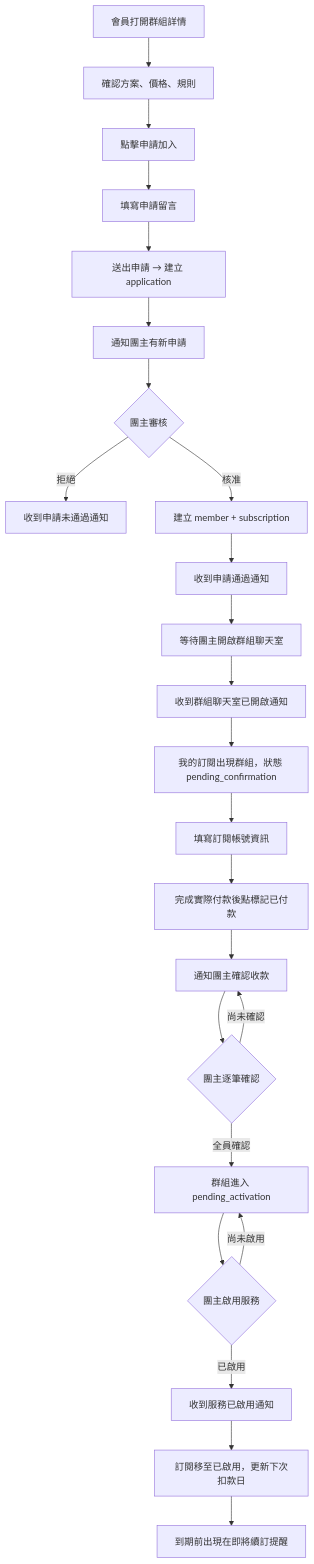
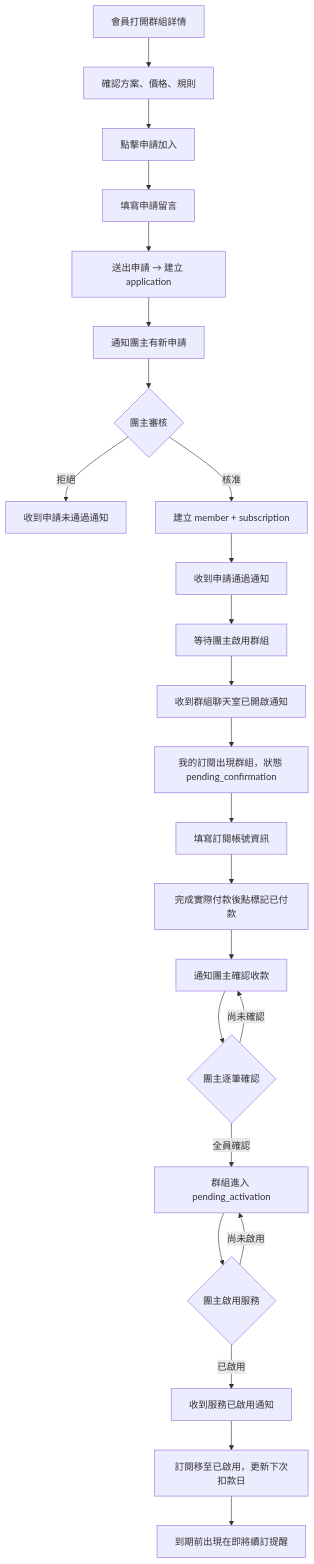
Before and after one commit to s1092055/PartyMatch: the third of 6 diagrams in docs/user-flows.md, drawn with Mermaid.

Commit message:
docs: 修正 Flow 2 node K 殘留的「開啟群組聊天室」舊名詞

````diff
--- a/docs/user-flows.md
+++ b/docs/user-flows.md
@@ -60,26 +60,26 @@
 ```mermaid
 flowchart TD
   A[會員打開群組詳情] --> B[確認方案、價格、規則]
   B --> C[點擊申請加入]
   C --> D[填寫申請留言]
   D --> E[送出申請 → 建立 application]
   E --> F[通知團主有新申請]
   F --> G{團主審核}
   G -->|拒絕| H[收到申請未通過通知]
   G -->|核准| I[建立 member + subscription]
   I --> J[收到申請通過通知]
-  J --> K[等待團主開啟群組聊天室]
+  J --> K[等待團主啟用群組]
   K --> L[收到群組聊天室已開啟通知]
   L --> M[我的訂閱出現群組，狀態 pending_confirmation]
   M --> N[填寫訂閱帳號資訊]
   N --> O[完成實際付款後點標記已付款]
   O --> P[通知團主確認收款]
   P --> Q{團主逐筆確認}
   Q -->|尚未確認| P
   Q -->|全員確認| R[群組進入 pending_activation]
   R --> S{團主啟用服務}
   S -->|尚未啟用| R
   S -->|已啟用| T[收到服務已啟用通知]
   T --> U[訂閱移至已啟用，更新下次扣款日]
   U --> V[到期前出現在即將續訂提醒]
 ```
````
